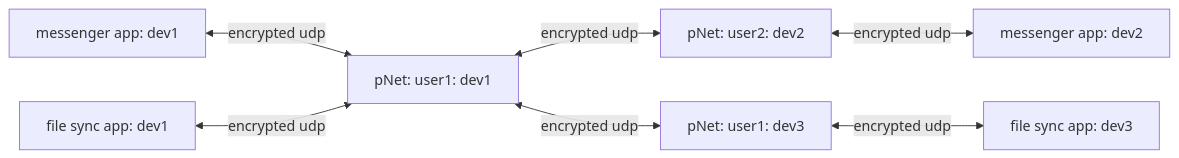
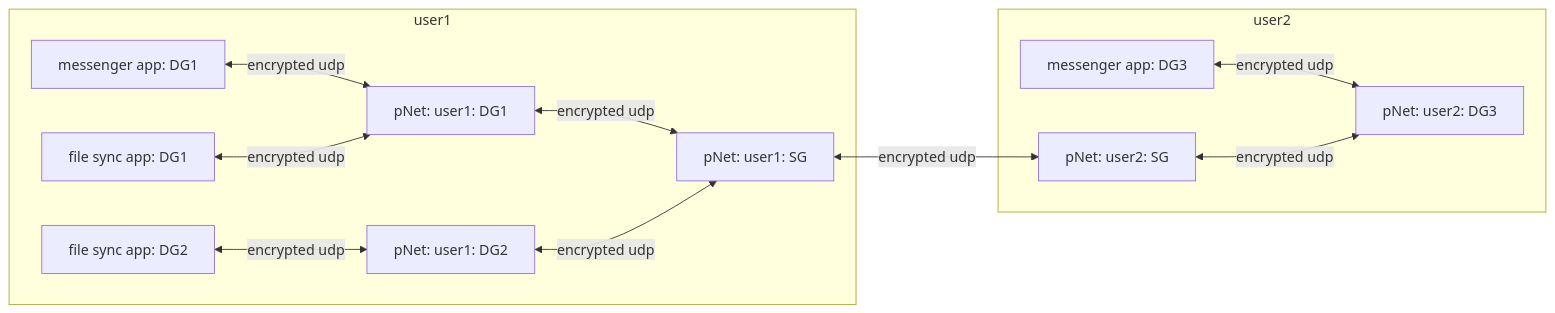
The first of 4 diagrams in descriptions/Data transport diagram.md (Cognaiscance/pNet), drawn with Mermaid before and after one commit. The commit also changed other lines of this file and 6 other files, not shown here.

First line of the commit message:
Document SG/DG architecture and proximity-based routing model

````diff
--- a/descriptions/Data transport diagram.md
+++ b/descriptions/Data transport diagram.md
@@ -5,17 +10,27 @@
 ```mermaid
 flowchart LR
-	A[messenger app: dev1]
-	B[file sync app: dev1]
-	C[messenger app: dev2]
-	D[file sync app: dev3]
-	X[pNet: user2: dev2]
-	Y[pNet: user1: dev3]
-	Z[pNet: user1: dev1]
-	
-	A <--> |encrypted udp|Z
-	B <--> |encrypted udp|Z
-	Z <--> |encrypted udp|X
-	X <--> |encrypted udp|C
-	Y <--> |encrypted udp|D
-	Z <--> |encrypted udp|Y
+    subgraph user1
+        A[messenger app: DG1]
+        B[file sync app: DG1]
+        DG1[pNet: user1: DG1]
+        D[file sync app: DG2]
+        DG2[pNet: user1: DG2]
+        SG1[pNet: user1: SG]
+    end
+
+    subgraph user2
+        C[messenger app: DG3]
+        DG3[pNet: user2: DG3]
+        SG2[pNet: user2: SG]
+    end
+
+    A <-->|encrypted udp|DG1
+    B <-->|encrypted udp|DG1
+    D <-->|encrypted udp|DG2
+    C <-->|encrypted udp|DG3
+
+    DG1 <-->|encrypted udp|SG1
+    DG2 <-->|encrypted udp|SG1
+    SG1 <-->|encrypted udp|SG2
+    SG2 <-->|encrypted udp|DG3
 ```
````
